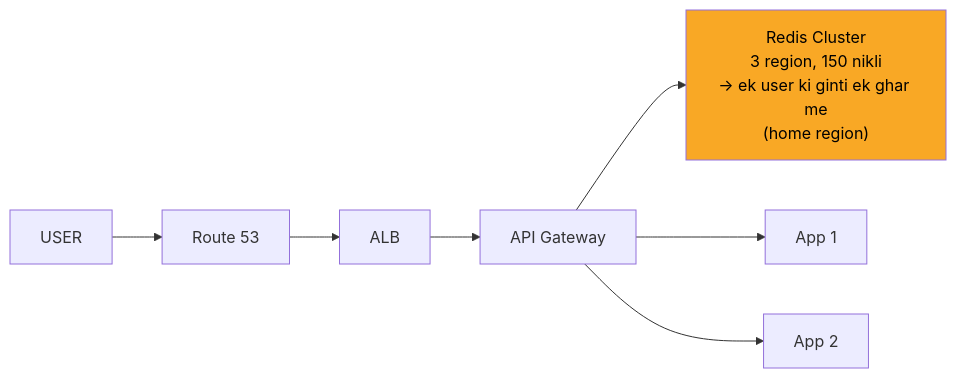
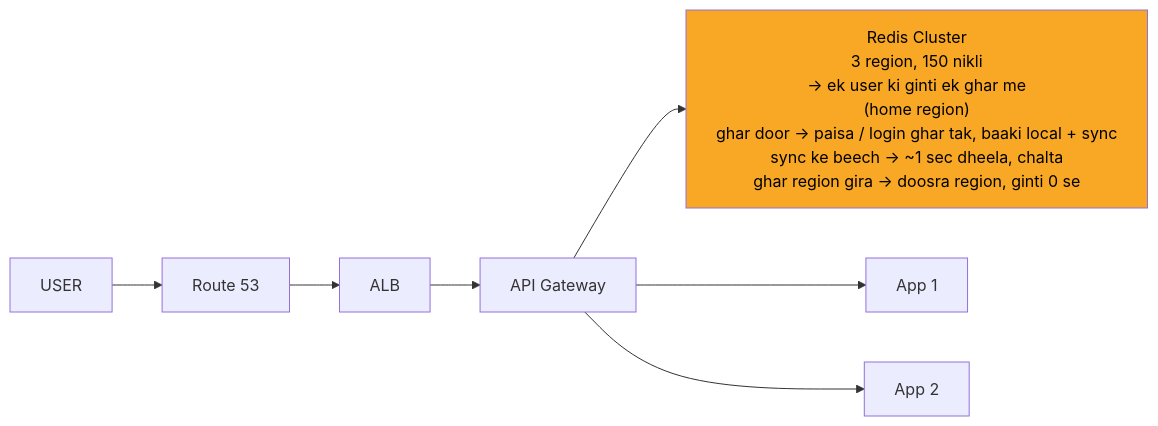
Before and after one commit to ArpanMaheshwari144/Prep: the sixth of 11 diagrams in 04_HLD/SYSTEM_DESIGNS/02_rate_limiter/02_rate_limiter.md, drawn with Mermaid. The commit also changed other lines of this file and 12 other files, not shown here.

Commit message:
hld 02-14: peele dabbe me SAFAR ke mod + diagram chauda (wrappingWidth 450)

````diff
--- a/04_HLD/SYSTEM_DESIGNS/02_rate_limiter/02_rate_limiter.md
+++ b/04_HLD/SYSTEM_DESIGNS/02_rate_limiter/02_rate_limiter.md
@@ -259,17 +264,18 @@
 ```mermaid
+%%{init: {"flowchart": {"wrappingWidth": 450}}}%%
 flowchart LR
     n_USER["USER"]
     n_Route_53["Route 53"]
     n_ALB["ALB"]
     n_API_Gateway["API Gateway"]
-    n_Redis_Cluster["Redis Cluster<br/>3 region, 150 nikli<br/>-> ek user ki ginti ek ghar me<br/>(home region)"]
+    n_Redis_Cluster["Redis Cluster<br/>3 region, 150 nikli<br/>-> ek user ki ginti ek ghar me<br/>(home region)<br/>ghar door -> paisa / login ghar tak, baaki local + sync<br/>sync ke beech -> ~1 sec dheela, chalta<br/>ghar region gira -> doosra region, ginti 0 se"]
     n_App_x_N_1["App 1"]
     n_App_x_N_2["App 2"]
     n_USER --> n_Route_53
     n_Route_53 --> n_ALB
     n_ALB --> n_API_Gateway
     n_API_Gateway --> n_Redis_Cluster
     n_API_Gateway --> n_App_x_N_1
     n_API_Gateway --> n_App_x_N_2
     style n_Redis_Cluster fill:#f9a825,color:#000
 ```
````
